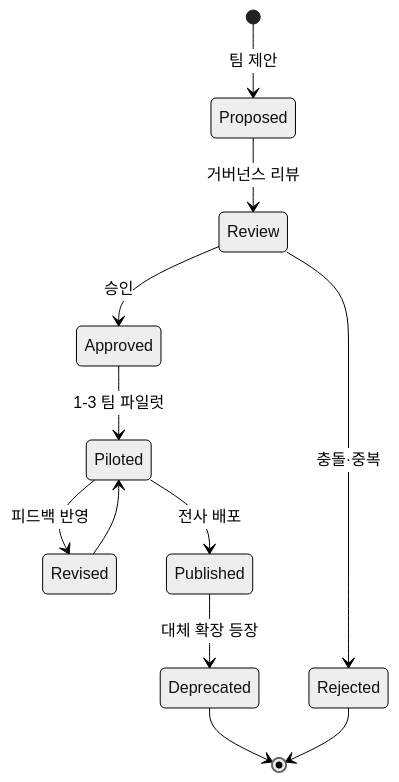
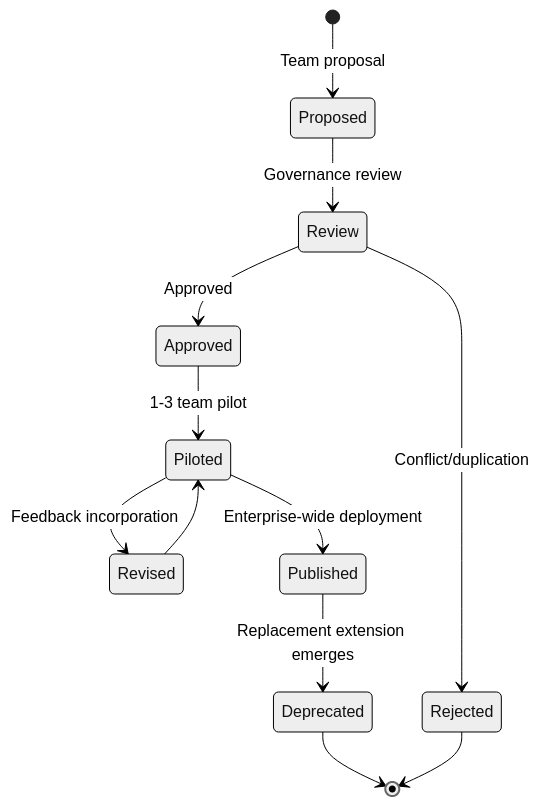
Before and after one commit to devfloor9/engineering-playbook: the second of 2 diagrams in docs/aidlc/enterprise/extension-system.md, drawn with Mermaid (neutral theme). The commit also changed other lines of this file and 954 other files, not shown here.

````diff
--- a/docs/aidlc/enterprise/extension-system.md
+++ b/docs/aidlc/enterprise/extension-system.md
@@ -421,14 +421,14 @@
 ```mermaid
 stateDiagram-v2
-    [*] --> Proposed: 팀 제안
-    Proposed --> Review: 거버넌스 리뷰
-    Review --> Rejected: 충돌·중복
-    Review --> Approved: 승인
-    Approved --> Piloted: 1-3 팀 파일럿
-    Piloted --> Revised: 피드백 반영
+    [*] --> Proposed: Team proposal
+    Proposed --> Review: Governance review
+    Review --> Rejected: Conflict/duplication
+    Review --> Approved: Approved
+    Approved --> Piloted: 1-3 team pilot
+    Piloted --> Revised: Feedback incorporation
     Revised --> Piloted
-    Piloted --> Published: 전사 배포
-    Published --> Deprecated: 대체 확장 등장
+    Piloted --> Published: Enterprise-wide deployment
+    Published --> Deprecated: Replacement extension emerges
     Deprecated --> [*]
     Rejected --> [*]
 ```
````
